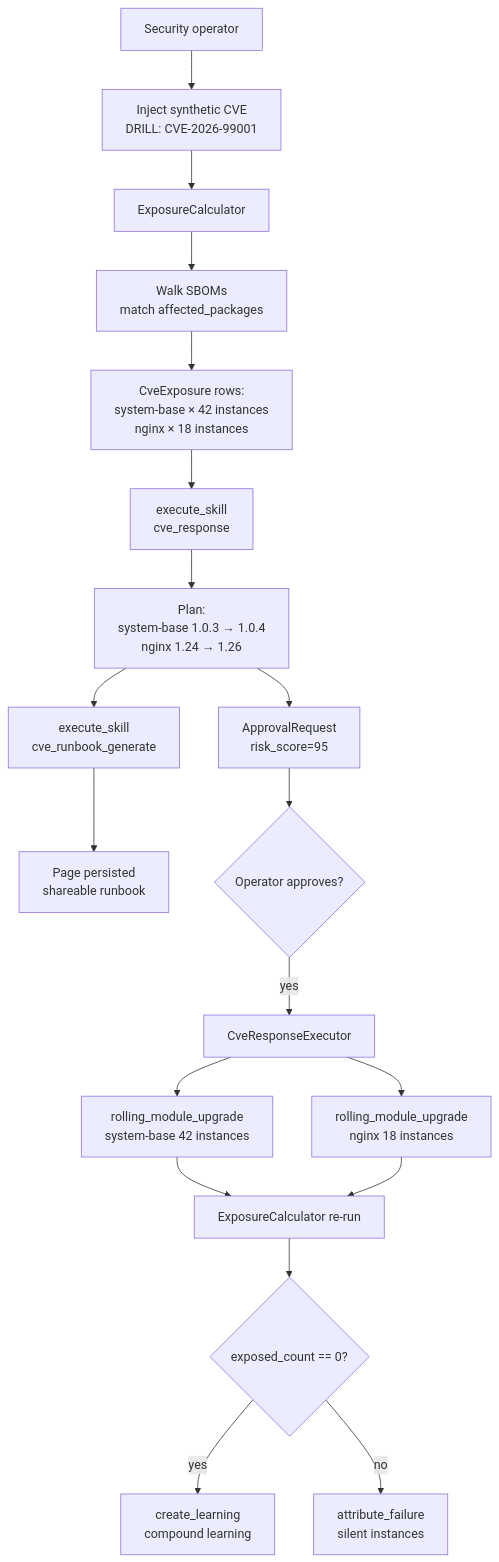
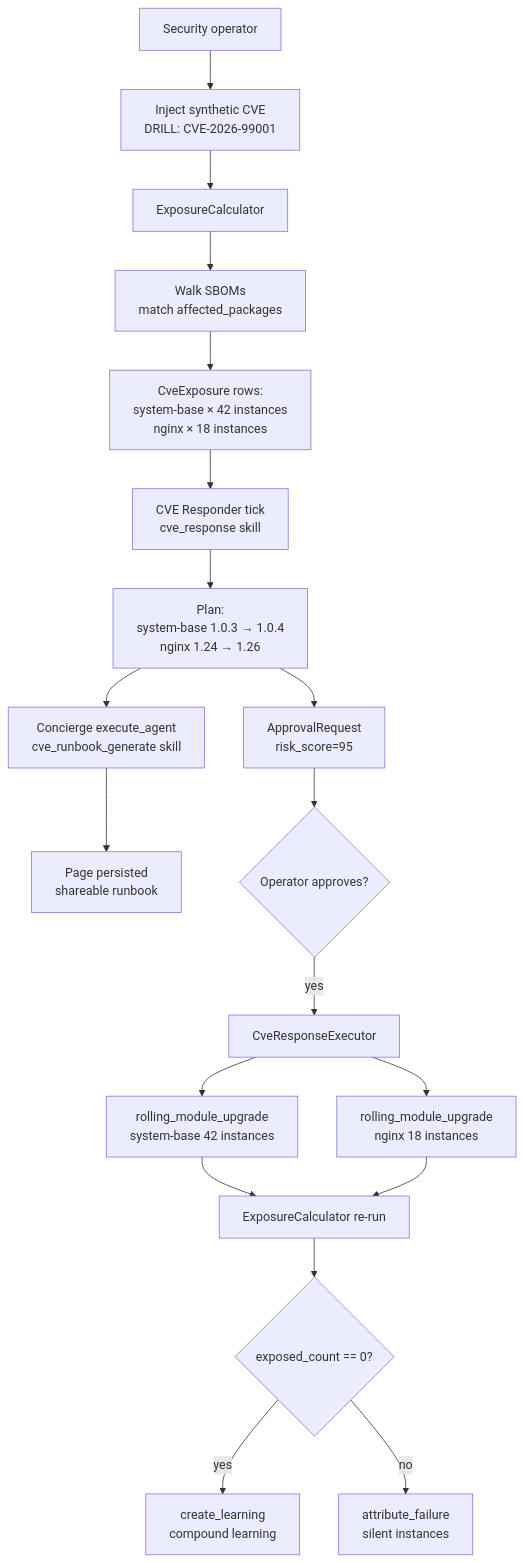
Before and after one commit to nodealchemy/powernode-system: the diagram in docs/tutorials/07-cve-response.md, drawn with Mermaid. The commit also changed other lines of this file and 29 other files, not shown here.

````diff
--- a/docs/tutorials/07-cve-response.md
+++ b/docs/tutorials/07-cve-response.md
@@ -23,21 +23,21 @@
 ```mermaid
 flowchart TD
     Op[Security operator] --> Inject[Inject synthetic CVE<br/>DRILL: CVE-2026-99001]
     Inject --> EC[ExposureCalculator]
     EC --> Calc[Walk SBOMs<br/>match affected_packages]
     Calc --> Exp[CveExposure rows:<br/>system-base × 42 instances<br/>nginx × 18 instances]
-    Exp --> Triage[execute_skill<br/>cve_response]
+    Exp --> Triage[CVE Responder tick<br/>cve_response skill]
     Triage --> Plan[Plan:<br/>system-base 1.0.3 → 1.0.4<br/>nginx 1.24 → 1.26]
-    Plan --> RG[execute_skill<br/>cve_runbook_generate]
+    Plan --> RG[Concierge execute_agent<br/>cve_runbook_generate skill]
     RG --> Page[Page persisted<br/>shareable runbook]
     Plan --> Apr[ApprovalRequest<br/>risk_score=95]
     Apr --> Op2{Operator approves?}
     Op2 -->|yes| CRE[CveResponseExecutor]
     CRE --> RU1[rolling_module_upgrade<br/>system-base 42 instances]
     CRE --> RU2[rolling_module_upgrade<br/>nginx 18 instances]
     RU1 --> Verify
     RU2 --> Verify[ExposureCalculator re-run]
     Verify --> Final{exposed_count == 0?}
     Final -->|yes| Done[create_learning<br/>compound learning]
     Final -->|no| AF[attribute_failure<br/>silent instances]
 ```
````
